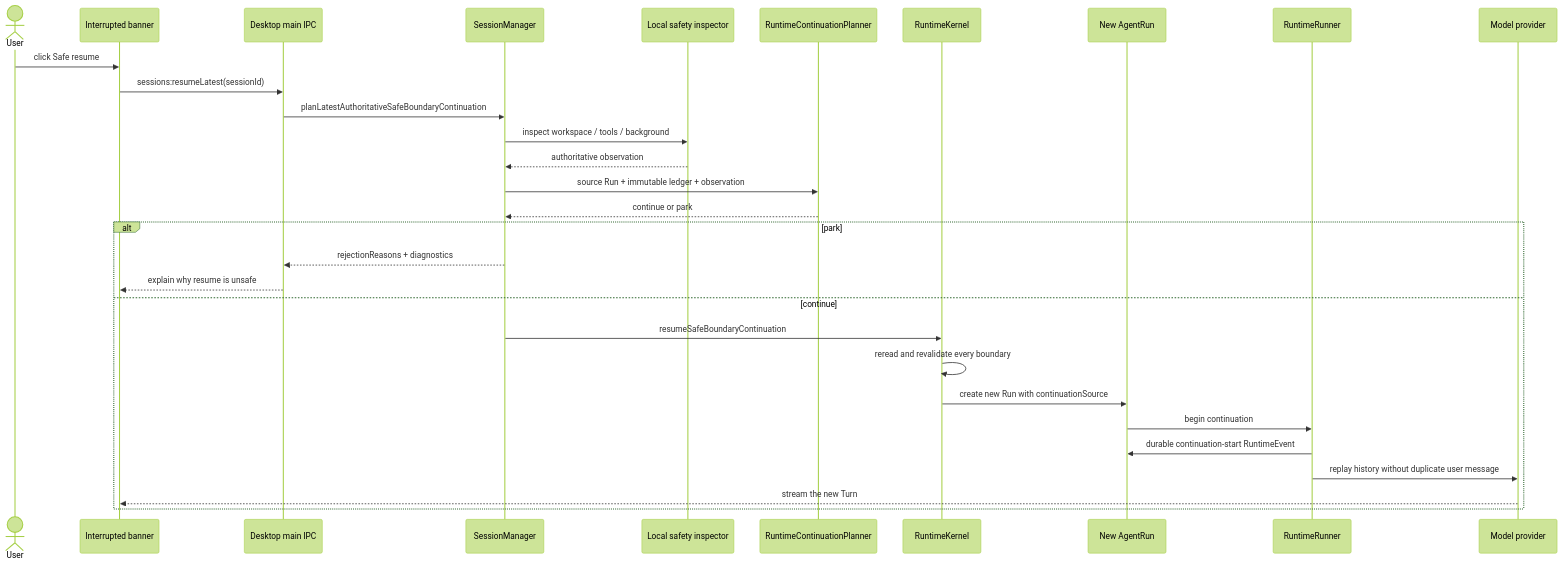
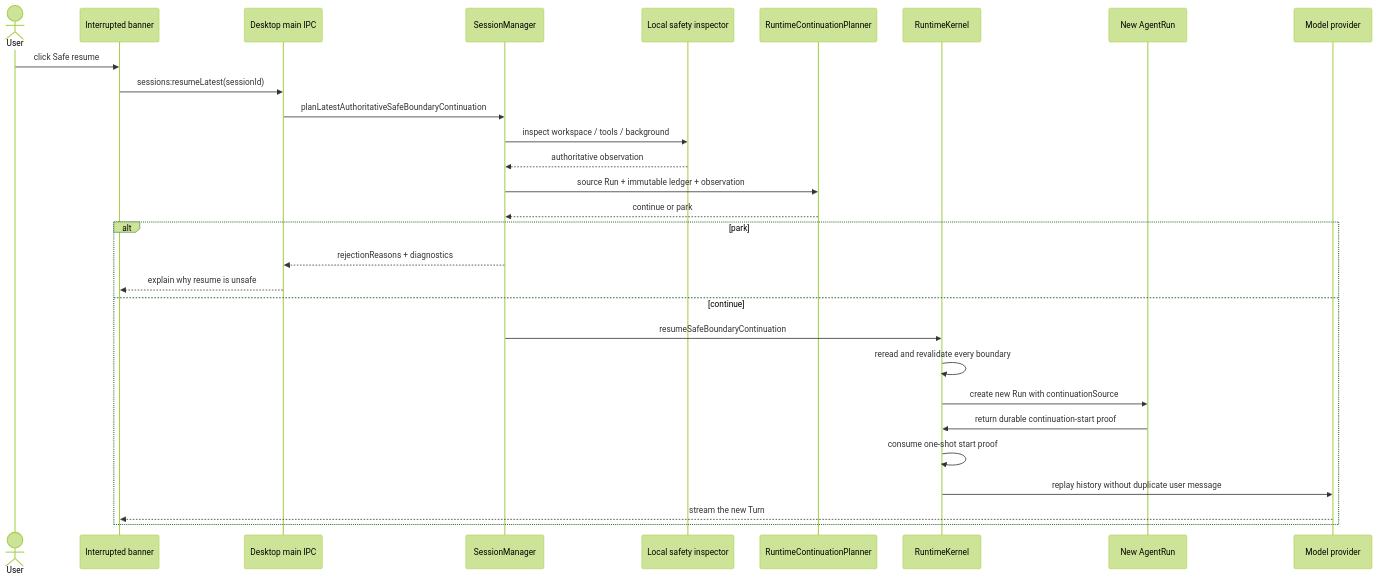
The seventh of 13 diagrams in docs/architecture/runtime-resume-architecture.md (1625567290/maka-agent), drawn with Mermaid (forest theme) before and after one commit. The commit also changed other lines of this file and 38 other files, not shown here.

Commit message:
refactor(runtime): collapse runner shell into kernel (#3718)

````diff
--- a/docs/architecture/runtime-resume-architecture.md
+++ b/docs/architecture/runtime-resume-architecture.md
@@ -458,33 +458,33 @@
 ```mermaid
 sequenceDiagram
   actor User as User
   participant UI as Interrupted banner
   participant IPC as Desktop main IPC
   participant SM as SessionManager
   participant Inspector as Local safety inspector
   participant Planner as RuntimeContinuationPlanner
   participant Kernel as RuntimeKernel
   participant Run as New AgentRun
-  participant Runner as RuntimeRunner
+  participant Kernel as RuntimeKernel
   participant Provider as Model provider
 
   User->>UI: click Safe resume
   UI->>IPC: sessions:resumeLatest(sessionId)
   IPC->>SM: planLatestAuthoritativeSafeBoundaryContinuation
   SM->>Inspector: inspect workspace / tools / background
   Inspector-->>SM: authoritative observation
   SM->>Planner: source Run + immutable ledger + observation
   Planner-->>SM: continue or park
   alt park
     SM-->>IPC: rejectionReasons + diagnostics
     IPC-->>UI: explain why resume is unsafe
   else continue
     SM->>Kernel: resumeSafeBoundaryContinuation
     Kernel->>Kernel: reread and revalidate every boundary
     Kernel->>Run: create new Run with continuationSource
-    Run->>Runner: begin continuation
-    Runner->>Run: durable continuation-start RuntimeEvent
-    Runner->>Provider: replay history without duplicate user message
+    Run->>Kernel: return durable continuation-start proof
+    Kernel->>Kernel: consume one-shot start proof
+    Kernel->>Provider: replay history without duplicate user message
     Provider-->>UI: stream the new Turn
   end
 ```
````
